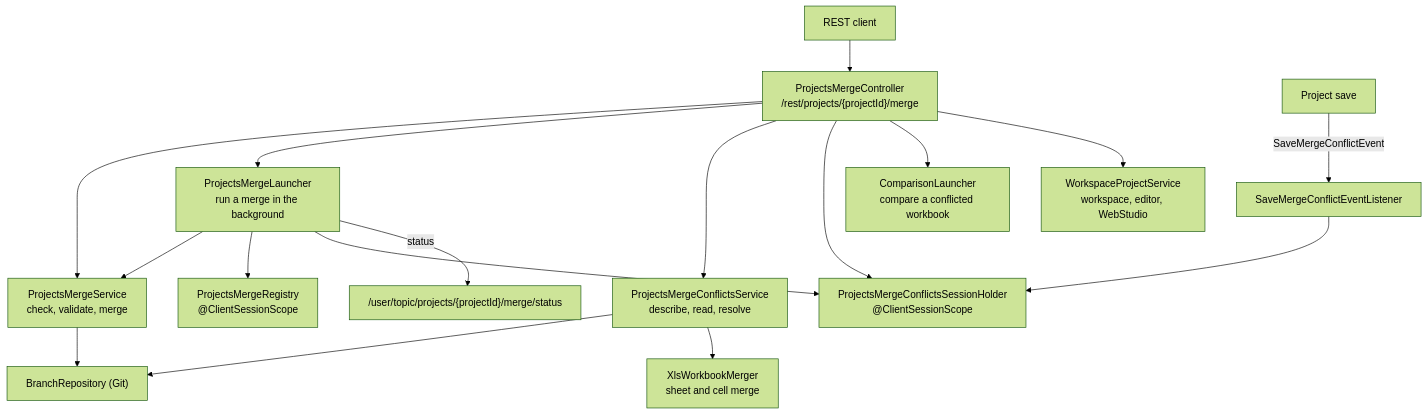
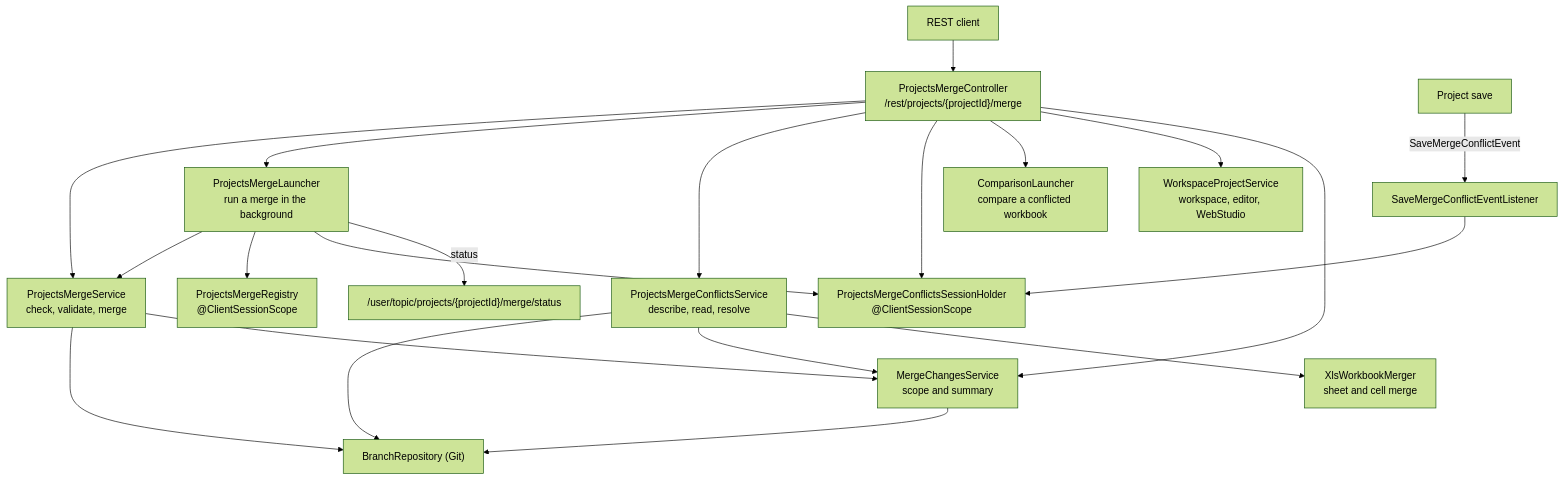
The first of 2 diagrams in Docs/api/projects-merge-architecture.md (openl-tablets/openl-tablets), drawn with Mermaid (forest theme) before and after one commit. The commit also changed other lines of this file and 159 other files, not shown here.

````diff
--- a/Docs/api/projects-merge-architecture.md
+++ b/Docs/api/projects-merge-architecture.md
@@ -12,19 +12,23 @@
 ```mermaid
 flowchart TB
     Client["REST client"] --> Ctrl["ProjectsMergeController<br/>/rest/projects/{projectId}/merge"]
     Ctrl --> MS["ProjectsMergeService<br/>check, validate, merge"]
     Ctrl --> ML["ProjectsMergeLauncher<br/>run a merge in the background"]
     ML --> MS
     ML --> MR["ProjectsMergeRegistry<br/>@ClientSessionScope"]
     ML --> SH
     ML -- status --> Topic["/user/topic/projects/{projectId}/merge/status"]
     Ctrl --> CS["ProjectsMergeConflictsService<br/>describe, read, resolve"]
     Ctrl --> SH["ProjectsMergeConflictsSessionHolder<br/>@ClientSessionScope"]
     Ctrl --> CL["ComparisonLauncher<br/>compare a conflicted workbook"]
     Ctrl --> WS["WorkspaceProjectService<br/>workspace, editor, WebStudio"]
     MS --> Git["BranchRepository (Git)"]
+    MS --> MC["MergeChangesService<br/>scope and summary"]
+    Ctrl --> MC
+    MC --> Git
     CS --> Git
+    CS --> MC
     CS --> XM["XlsWorkbookMerger<br/>sheet and cell merge"]
     Save["Project save"] -- SaveMergeConflictEvent --> Lst["SaveMergeConflictEventListener"]
     Lst --> SH
 ```
````
